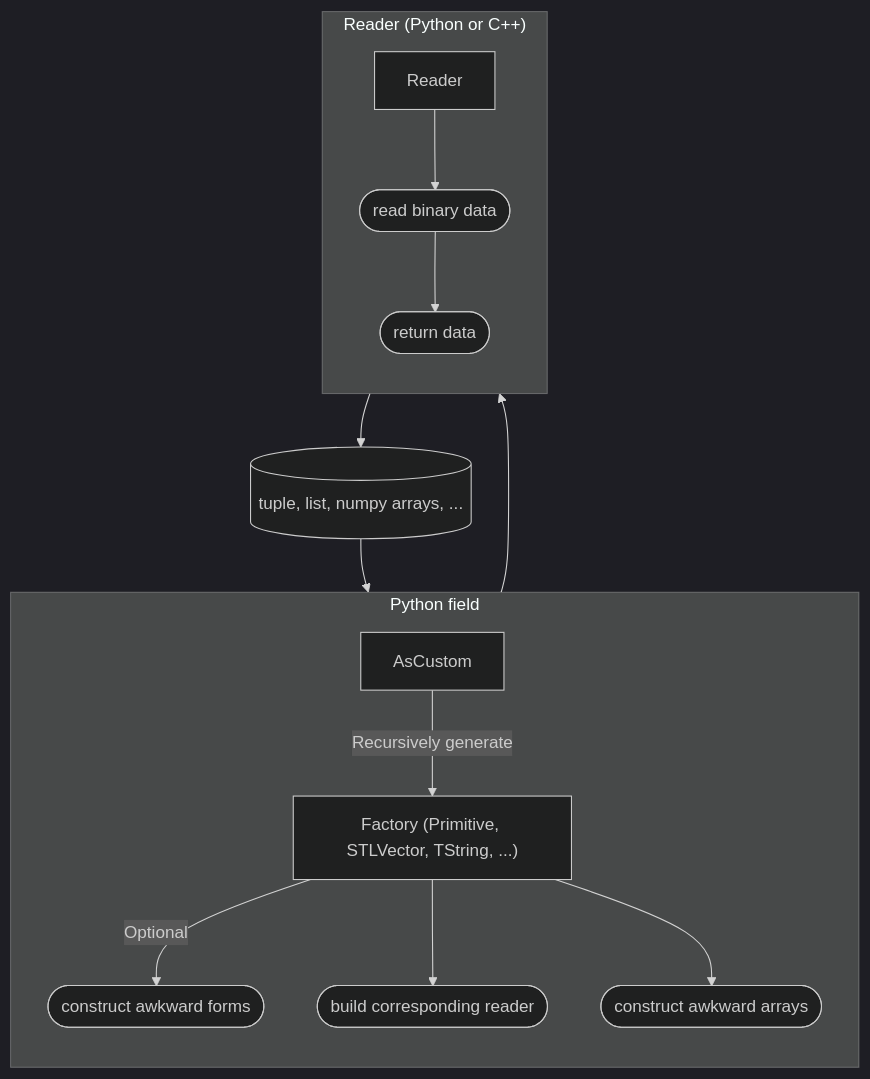
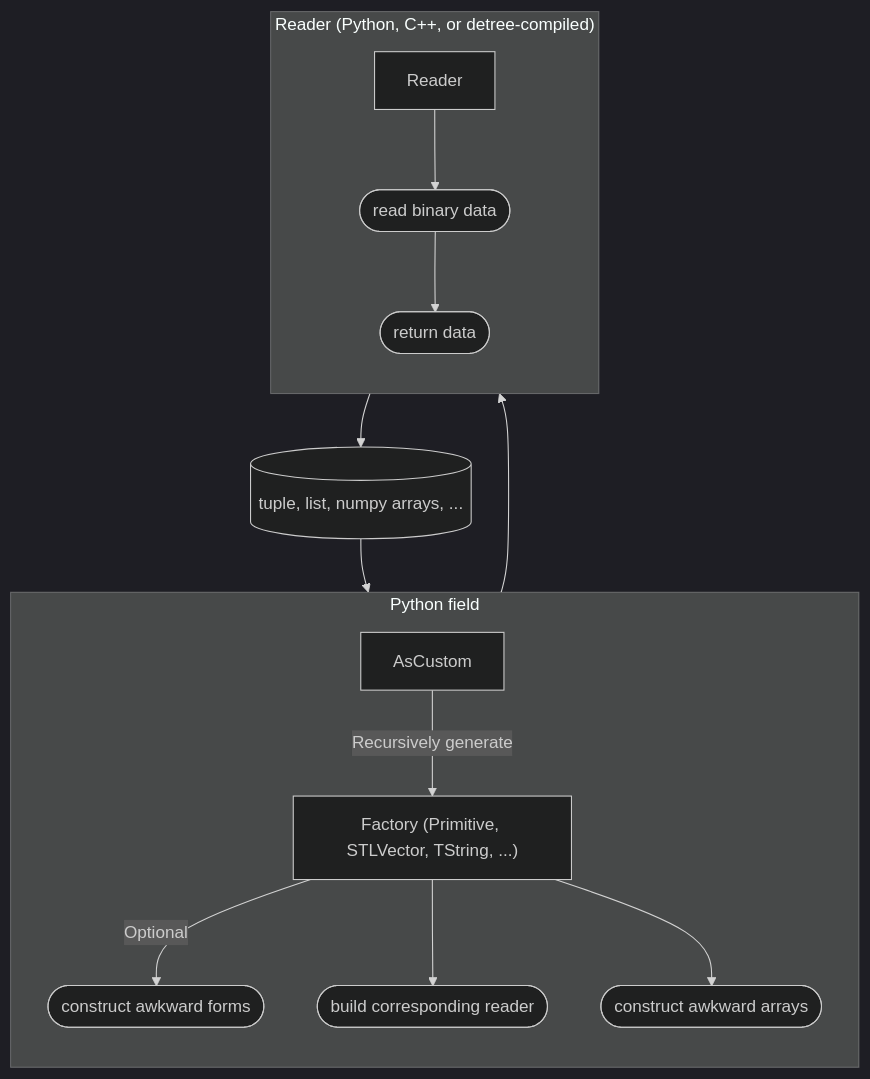
The diagram in README.md (mrzimu/uproot-custom), drawn with Mermaid (dark theme) before and after one commit. The commit also changed other lines of this file and 52 other files, not shown here.

````diff
--- a/README.md
+++ b/README.md
@@ -20,20 +20,20 @@
 ```mermaid
 flowchart TD
-    subgraph py["Python field"]
-        direction TB
-        AsCustom -- Recursively generate --> fac["Factory (Primitive, STLVector, TString, ...)"]
-        fac["Factory (Primitive, STLVector, TString, ...)"] -- Optional --> form(["construct awkward forms"])
-        fac --> build_reader(["build corresponding reader"])
-        fac --> build_ak(["construct awkward arrays"])
-    end
+  subgraph py["Python field"]
+    direction TB
+    AsCustom -- Recursively generate --> fac["Factory (Primitive, STLVector, TString, ...)"]
+    fac["Factory (Primitive, STLVector, TString, ...)"] -- Optional --> form(["construct awkward forms"])
+    fac --> build_reader(["build corresponding reader"])
+    fac --> build_ak(["construct awkward arrays"])
+  end
 
-    subgraph reader_field["Reader (Python or C++)"]
-        direction TB
-        build_reader --> reader["Reader"]
-        reader --> read_bin(["read binary data"])
-        read_bin --> ret_data(["return data"])
-    end
+  subgraph reader_field["Reader (Python, C++, or detree-compiled)"]
+    direction TB
+    build_reader --> reader["Reader"]
+    reader --> read_bin(["read binary data"])
+    read_bin --> ret_data(["return data"])
+  end
 
-    ret_data --> raw_data[("tuple, list, numpy arrays, ...")]
-    raw_data --> build_ak
+  ret_data --> raw_data[("tuple, list, numpy arrays, ...")]
+  raw_data --> build_ak
 ```
````
